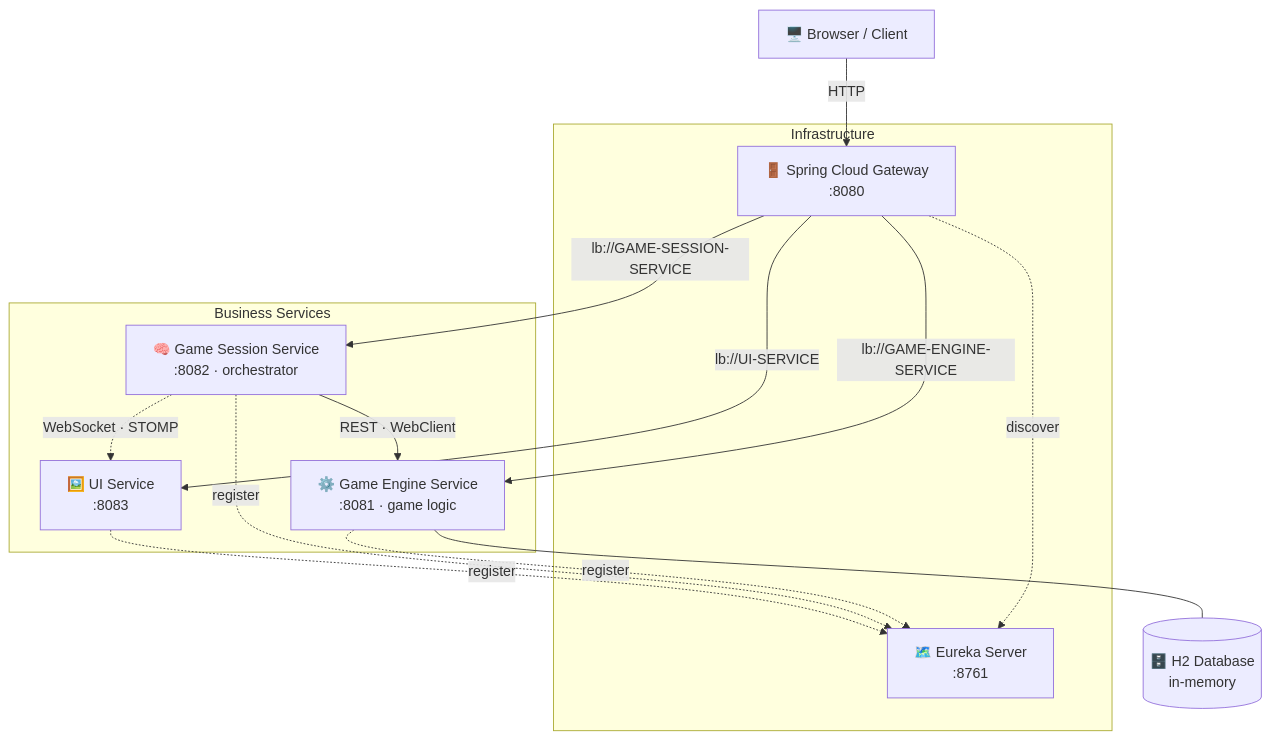
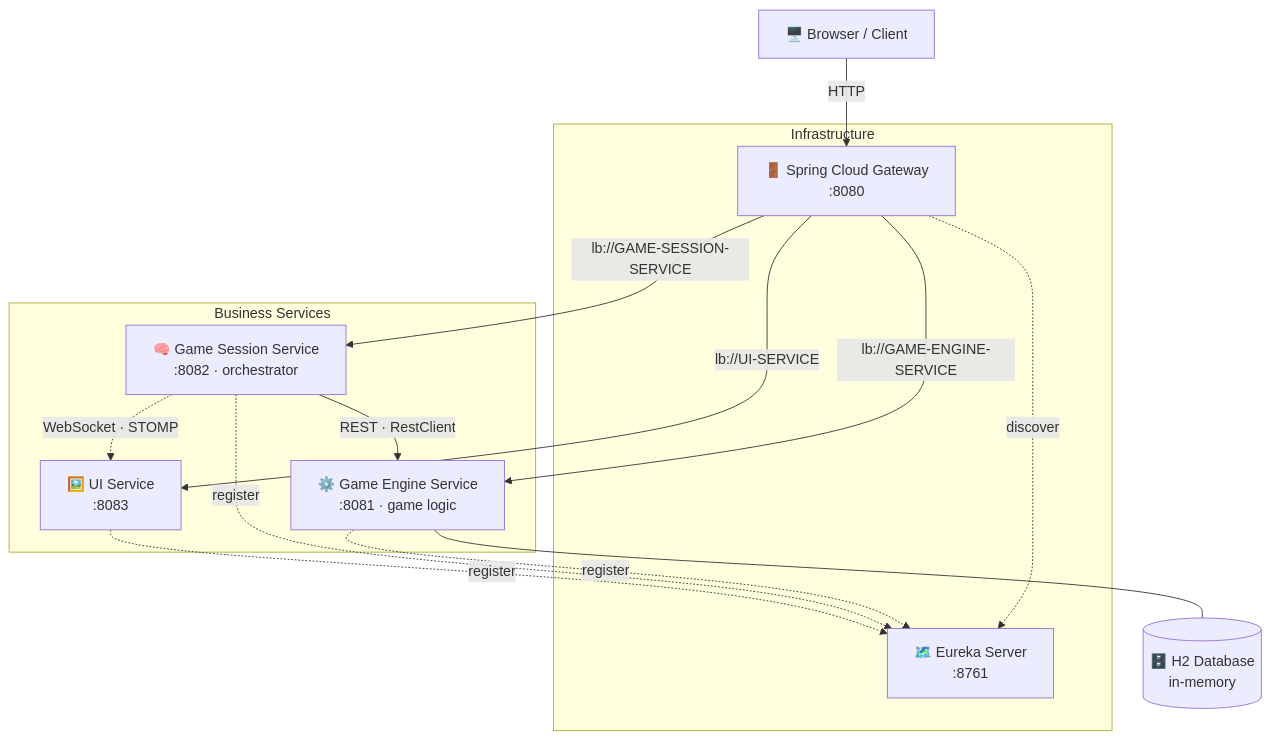
Before and after one commit to andrey56097/tik-tak-toe: the first of 2 diagrams in README.md, drawn with Mermaid. The commit also changed other lines of this file, not shown here.

````diff
--- a/README.md
+++ b/README.md
@@ -105,30 +105,30 @@
 ```mermaid
 flowchart TB
     Browser["🖥️ Browser / Client"]
 
     subgraph Infra["Infrastructure"]
         Eureka["🗺️ Eureka Server<br/>:8761"]
         Gateway["🚪 Spring Cloud Gateway<br/>:8080"]
     end
 
     subgraph Services["Business Services"]
         UI["🖼️ UI Service<br/>:8083"]
         Session["🧠 Game Session Service<br/>:8082 · orchestrator"]
         Engine["⚙️ Game Engine Service<br/>:8081 · game logic"]
     end
 
     Engine --- DB[("🗄️ H2 Database<br/>in-memory")]
 
     Browser -->|HTTP| Gateway
     Gateway -->|lb://UI-SERVICE| UI
     Gateway -->|lb://GAME-SESSION-SERVICE| Session
     Gateway -->|lb://GAME-ENGINE-SERVICE| Engine
 
-    Session -->|REST · WebClient| Engine
+    Session -->|REST · RestClient| Engine
     Session -.->|WebSocket · STOMP| UI
 
     UI -.->|register| Eureka
     Session -.->|register| Eureka
     Engine -.->|register| Eureka
     Gateway -.->|discover| Eureka
 ```
````
